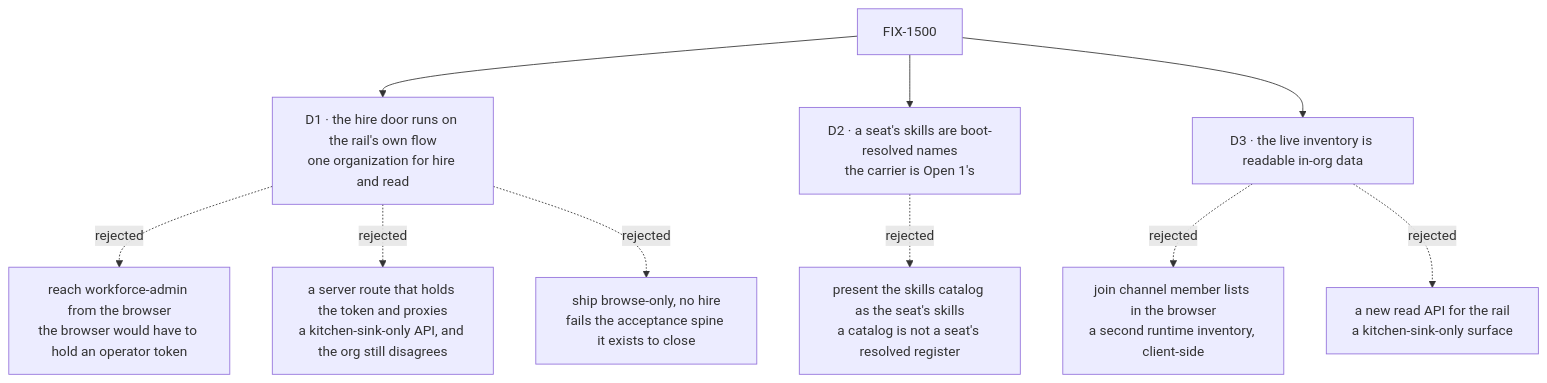
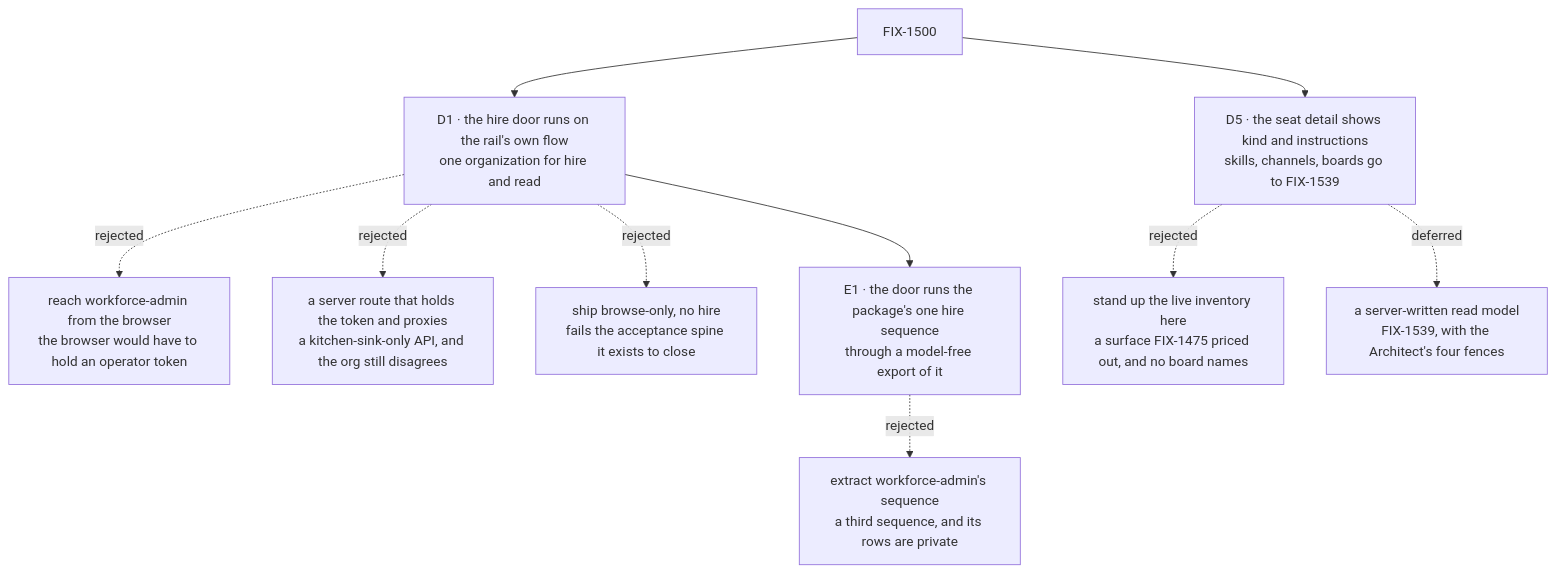
Before and after one commit to fixpoint-labs/flow-state-dev: the diagram in specs/issues/FIX-1500/DECISIONS.md, drawn with Mermaid. The commit also changed other lines of this file and 7 other files, not shown here.

````diff
--- a/specs/issues/FIX-1500/DECISIONS.md
+++ b/specs/issues/FIX-1500/DECISIONS.md
@@ -15,12 +16,12 @@
 ```mermaid
 flowchart TD
   I["FIX-1500"] --> D1["D1 · the hire door runs on the rail's own flow<br/>one organization for hire and read"]
   D1 -.->|"rejected"| X1a["reach workforce-admin from the browser<br/>the browser would have to hold an operator token"]
   D1 -.->|"rejected"| X1b["a server route that holds the token and proxies<br/>a kitchen-sink-only API, and the org still disagrees"]
   D1 -.->|"rejected"| X1c["ship browse-only, no hire<br/>fails the acceptance spine it exists to close"]
-  I --> D2["D2 · a seat's skills are boot-resolved names<br/>the carrier is Open 1's"]
-  D2 -.->|"rejected"| X2["present the skills catalog as the seat's skills<br/>a catalog is not a seat's resolved register"]
-  I --> D3["D3 · the live inventory is readable in-org data"]
-  D3 -.->|"rejected"| X3a["join channel member lists in the browser<br/>a second runtime inventory, client-side"]
-  D3 -.->|"rejected"| X3b["a new read API for the rail<br/>a kitchen-sink-only surface"]
+  D1 --> E1["E1 · the door runs the package's one hire sequence<br/>through a model-free export of it"]
+  E1 -.->|"rejected"| XE1["extract workforce-admin's sequence<br/>a third sequence, and its rows are private"]
+  I --> D5["D5 · the seat detail shows kind and instructions<br/>skills, channels, boards go to FIX-1539"]
+  D5 -.->|"rejected"| X5a["stand up the live inventory here<br/>a surface FIX-1475 priced out, and no board names"]
+  D5 -.->|"deferred"| X5b["a server-written read model<br/>FIX-1539, with the Architect's four fences"]
 ```
````
